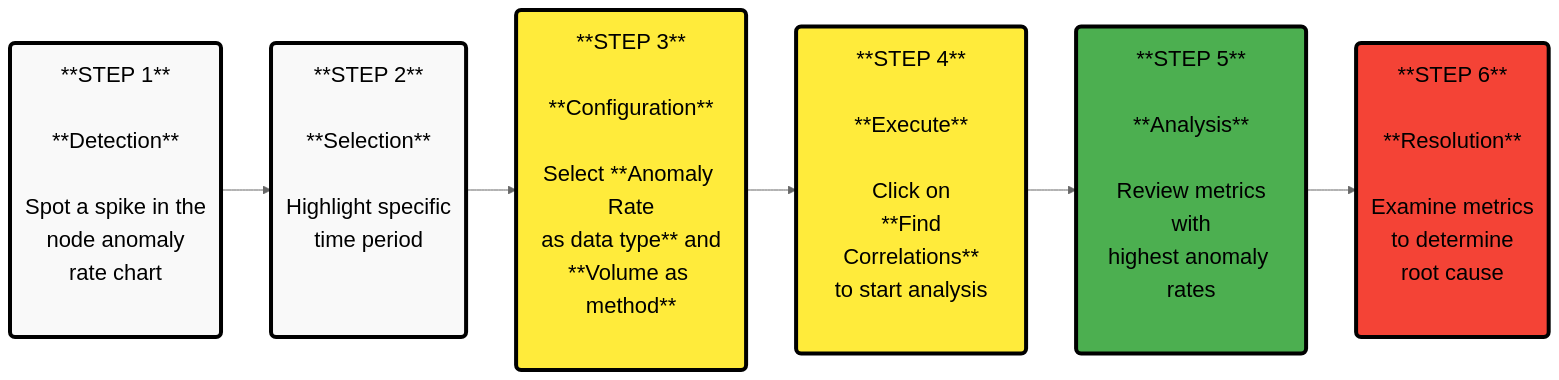
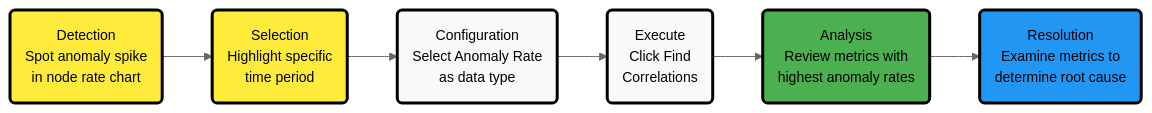
The diagram in docs/metric-correlations.md (netdata/netdata), drawn with Mermaid (neutral theme) before and after one commit. The commit also changed 21 other files, not shown here.

Commit message:
Fix Mermaid diagrams across multiple files

````diff
--- a/docs/metric-correlations.md
+++ b/docs/metric-correlations.md
@@ -48,23 +48,23 @@
 ```mermaid
 flowchart LR
-    A("**STEP 1**<br/><br/>**Detection**<br/><br/>Spot a spike in the<br/>node anomaly <br/>rate chart<br/><br/>")
-    B("**STEP 2**<br/><br/>**Selection**<br/><br/>Highlight specific<br/>time period<br/><br/><br/>")
-    C("**STEP 3**<br/><br/>**Configuration**<br/><br/>Select **Anomaly Rate<br/>as data type** and<br/>**Volume as method**<br/><br/>")
-    D("**STEP 4**<br/><br/>**Execute**<br/><br/>Click on<br/> **Find Correlations**<br/>to start analysis<br/><br/>")
-    E("**STEP 5**<br/><br/>**Analysis**<br/><br/>Review metrics<br/>with<br/>highest anomaly rates<br/><br/>")
-    F("**STEP 6**<br/><br/>**Resolution**<br/><br/>Examine metrics<br/> to determine<br/>root cause<br/><br/>")
+    A("Detection<br/>Spot anomaly spike<br/>in node rate chart")
+    B("Selection<br/>Highlight specific<br/>time period")
+    C("Configuration<br/>Select Anomaly Rate<br/>as data type")
+    D("Execute<br/>Click Find<br/>Correlations")
+    E("Analysis<br/>Review metrics with<br/>highest anomaly rates")
+    F("Resolution<br/>Examine metrics to<br/>determine root cause")
     
     A --> B --> C --> D --> E --> F
     
     %% Style definitions
-    classDef neutral fill:#f9f9f9,stroke:#000000,stroke-width:4px,color:#000000,font-size:22px
-    classDef process fill:#ffeb3b,stroke:#000000,stroke-width:4px,color:#000000,font-size:22px
-    classDef complete fill:#4caf50,stroke:#000000,stroke-width:4px,color:#000000,font-size:22px
-    classDef anomaly fill:#f44336,stroke:#000000,stroke-width:4px,color:#000000,font-size:22px
-    
+    classDef alert fill:#ffeb3b,stroke:#000000,stroke-width:3px,color:#000000,font-size:14px
+    classDef neutral fill:#f9f9f9,stroke:#000000,stroke-width:3px,color:#000000,font-size:14px
+    classDef complete fill:#4caf50,stroke:#000000,stroke-width:3px,color:#000000,font-size:14px
+    classDef database fill:#2196F3,stroke:#000000,stroke-width:3px,color:#000000,font-size:14px
+
     %% Apply styles
-    class A,B neutral
-    class C,D process
+    class A,B alert
+    class C,D neutral
     class E complete
-    class F anomaly
+    class F database
 ```
````
